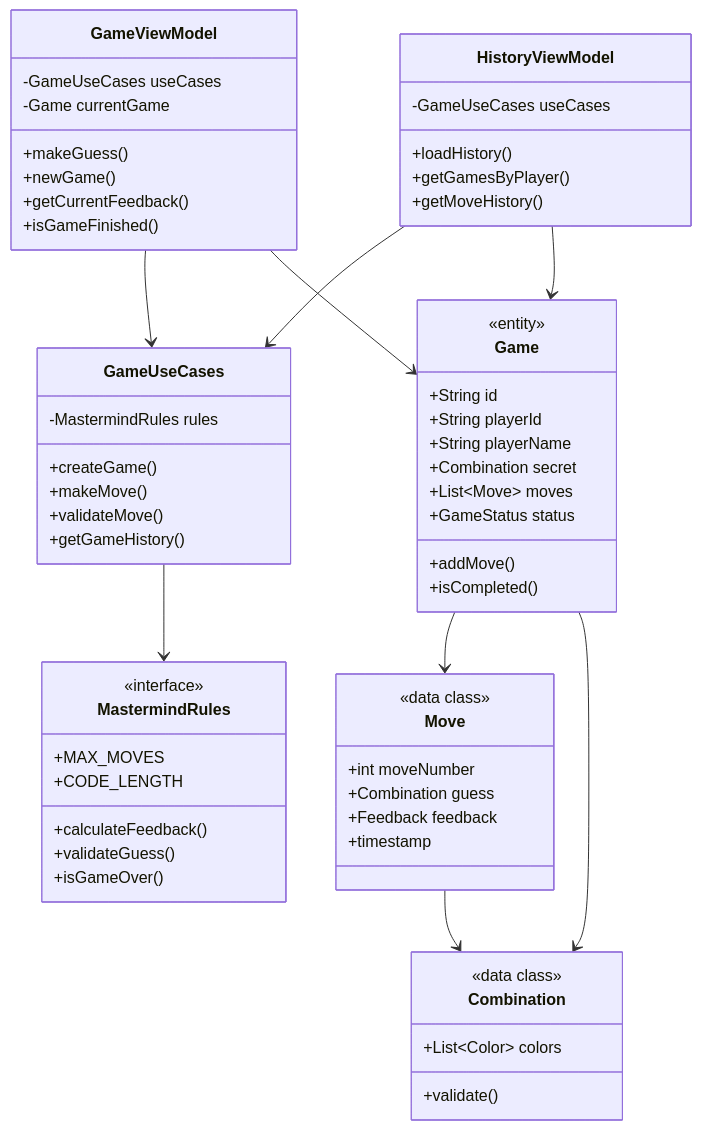
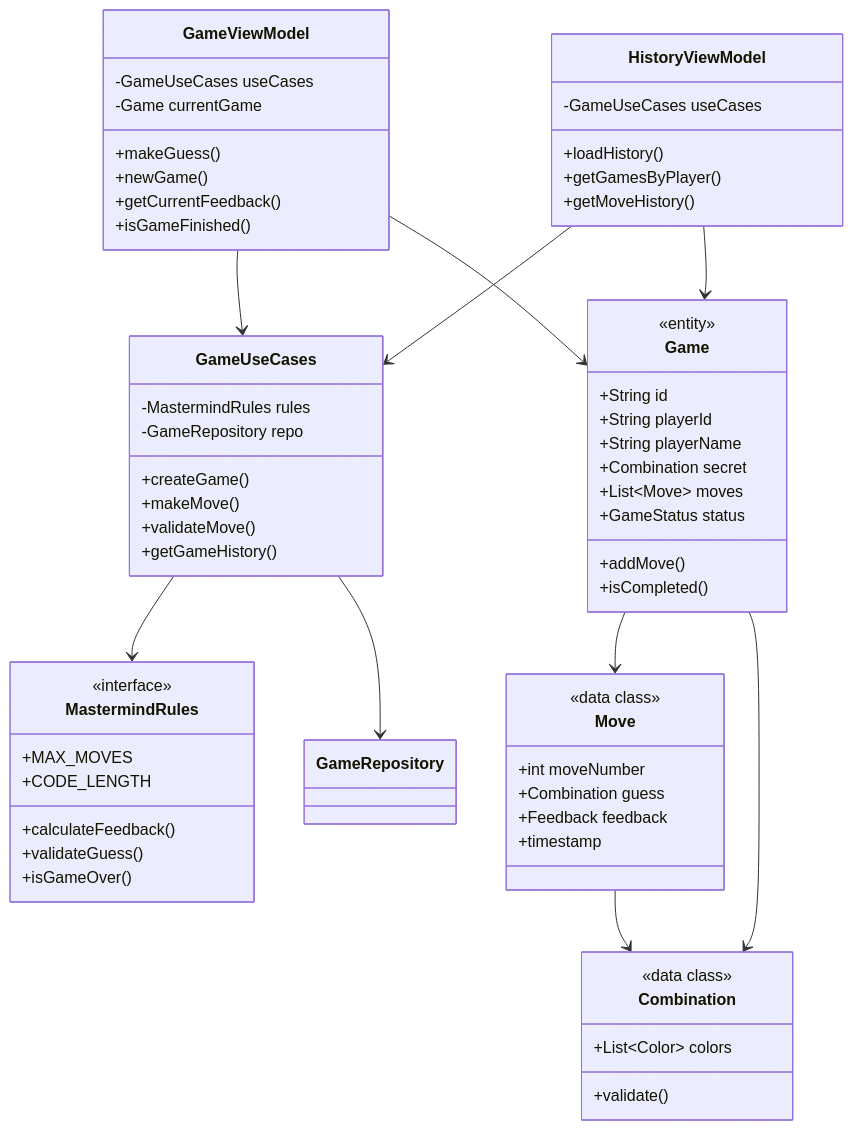
The first of 3 diagrams in docs/class-diagram-hw1.md (Andrew2114/kotlin-s_game), drawn with Mermaid before and after one commit. The commit also changed other lines of this file, not shown here.

````diff
--- a/docs/class-diagram-hw1.md
+++ b/docs/class-diagram-hw1.md
@@ -6,77 +6,79 @@
 ```mermaid
 classDiagram
     direction TB
     
     %% ============ DOMAIN ENTITIES ============
     class Combination {
         <<data class>>
         +List~Color~ colors
         +validate()
     }
     
     class Move {
         <<data class>>
         +int moveNumber
         +Combination guess
         +Feedback feedback
         +timestamp
     }
     
     class Game {
         <<entity>>
         +String id
         +String playerId
         +String playerName
         +Combination secret
         +List~Move~ moves
         +GameStatus status
         +addMove()
         +isCompleted()
     }
     
     %% ============ INTERFACE ============
     class MastermindRules {
         <<interface>>
         +calculateFeedback()
         +validateGuess()
         +isGameOver()
         +MAX_MOVES
         +CODE_LENGTH
     }
     
     %% ============ USE CASE ============
     class GameUseCases {
         -MastermindRules rules
+        -GameRepository repo
         +createGame()
         +makeMove()
         +validateMove()
         +getGameHistory()
     }
     
     %% ============ VIEW MODELS ============
     class GameViewModel {
         -GameUseCases useCases
         -Game currentGame
         +makeGuess()
         +newGame()
         +getCurrentFeedback()
         +isGameFinished()
     }
     
     class HistoryViewModel {
         -GameUseCases useCases
         +loadHistory()
         +getGamesByPlayer()
         +getMoveHistory()
     }
     
     %% ============ СВЯЗИ ============
     Game --> Move
     Game --> Combination
     Move --> Combination
     GameUseCases --> MastermindRules
+    GameUseCases --> GameRepository 
     GameViewModel --> GameUseCases
     GameViewModel --> Game
     HistoryViewModel --> GameUseCases
     HistoryViewModel --> Game
 ```
````
